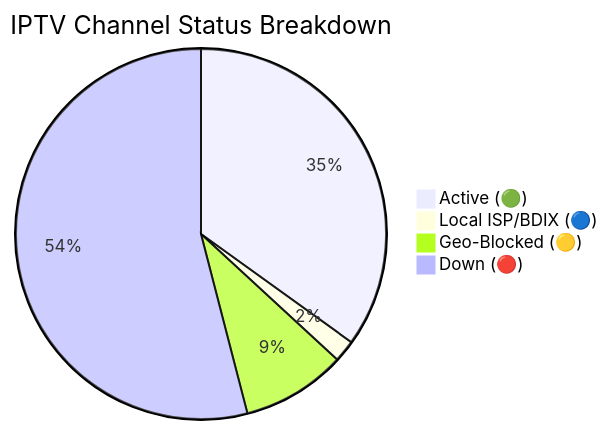
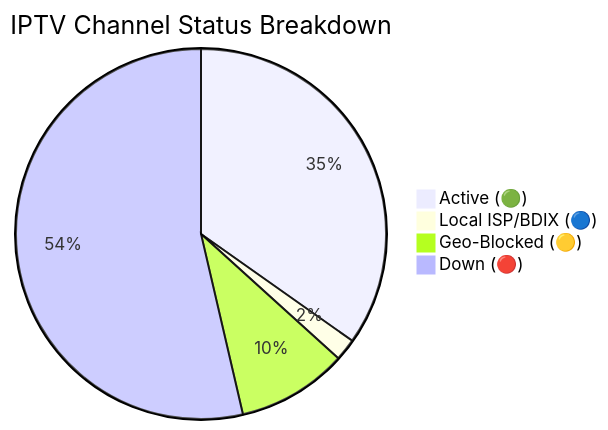
Before and after one commit to andreataylord/Ip-tv-Collection: the diagram in README.md, drawn with Mermaid. The commit also changed other lines of this file and 1 other file, not shown here.

Commit message:
docs(readme): auto-update daily channel status chart

````diff
--- a/README.md
+++ b/README.md
@@ -59,7 +59,7 @@
 ```mermaid
 pie title IPTV Channel Status Breakdown
-    "Active (🟢)" : 2323
+    "Active (🟢)" : 2313
     "Local ISP/BDIX (🔵)" : 128
-    "Geo-Blocked (🟡)" : 606
-    "Down (🔴)" : 3593
+    "Geo-Blocked (🟡)" : 642
+    "Down (🔴)" : 3567
 ```
````
